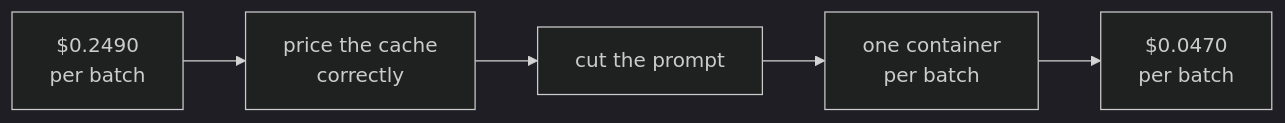
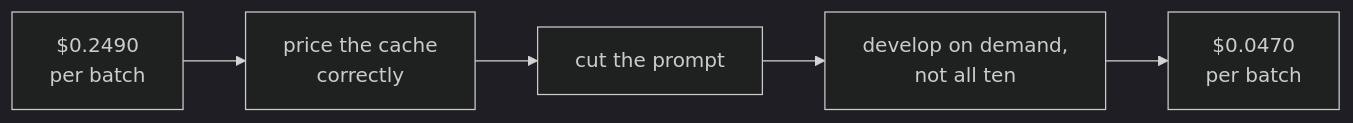
Before and after one commit to sorinLupaIonut/content-studio-fte: the fourth of 4 diagrams in docs/CASE-STUDY.md, drawn with Mermaid (dark theme). The commit also changed other lines of this file and 12 other files, not shown here.

````diff
--- a/docs/CASE-STUDY.md
+++ b/docs/CASE-STUDY.md
@@ -416,4 +430,4 @@
 ```mermaid
 flowchart LR
-    A["$0.2490<br/>per batch"] --> B["price the cache<br/>correctly"] --> C["cut the prompt"] --> D["one container<br/>per batch"] --> E["$0.0470<br/>per batch"]
+    A["$0.2490<br/>per batch"] --> B["price the cache<br/>correctly"] --> C["cut the prompt"] --> D["develop on demand,<br/>not all ten"] --> E["$0.0470<br/>per batch"]
 ```
````
